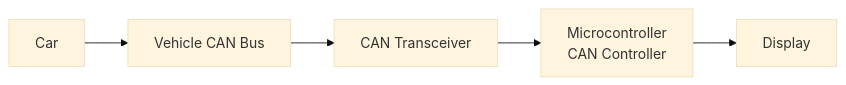
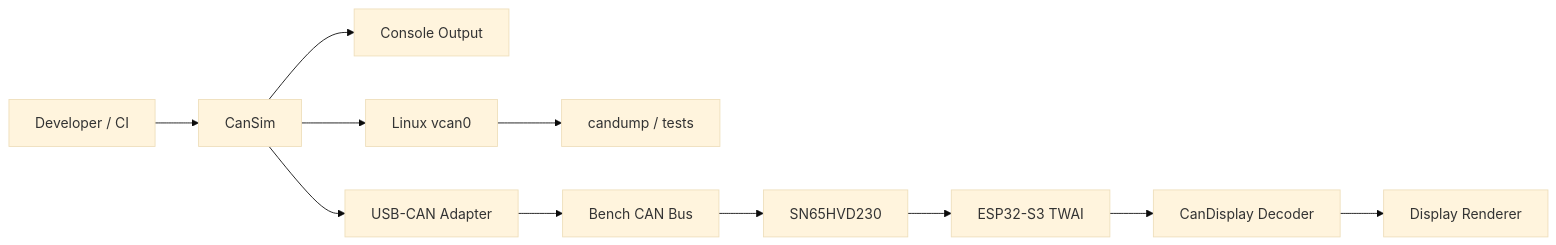
One commit to theoavgitidis/CanSimulatorCICD changed the second of 6 diagrams in docs/plannedArchitectures/architecture-diagrams.md. Above: the diagram before and after it, drawn with Mermaid (base theme). The commit also changed other lines of this file and 9 other files, not shown here.

````diff
--- a/docs/plannedArchitectures/architecture-diagrams.md
+++ b/docs/plannedArchitectures/architecture-diagrams.md
@@ -68,13 +66,25 @@
 ```mermaid
 flowchart LR
-    car["Car"]
-    vehicleCan["Vehicle CAN Bus"]
-    transceiver["CAN Transceiver"]
-    microcontroller["Microcontroller<br/>CAN Controller"]
-    display["Display"]
+    cli["Developer / CI"]
+    cansim["CanSim"]
+    console["Console Output"]
+    vcan["Linux vcan0"]
+    usbCan["USB-CAN Adapter"]
+    candump["candump / tests"]
+    canBus["Bench CAN Bus"]
+    transceiver["SN65HVD230"]
+    esp32["ESP32-S3 TWAI"]
+    candisplay["CanDisplay Decoder"]
+    display["Display Renderer"]
 
-    car --> vehicleCan
-    vehicleCan --> transceiver
-    transceiver --> microcontroller
-    microcontroller --> display
+    cli --> cansim
+    cansim --> console
+    cansim --> vcan
+    vcan --> candump
+    cansim --> usbCan
+    usbCan --> canBus
+    canBus --> transceiver
+    transceiver --> esp32
+    esp32 --> candisplay
+    candisplay --> display
 ```
````
